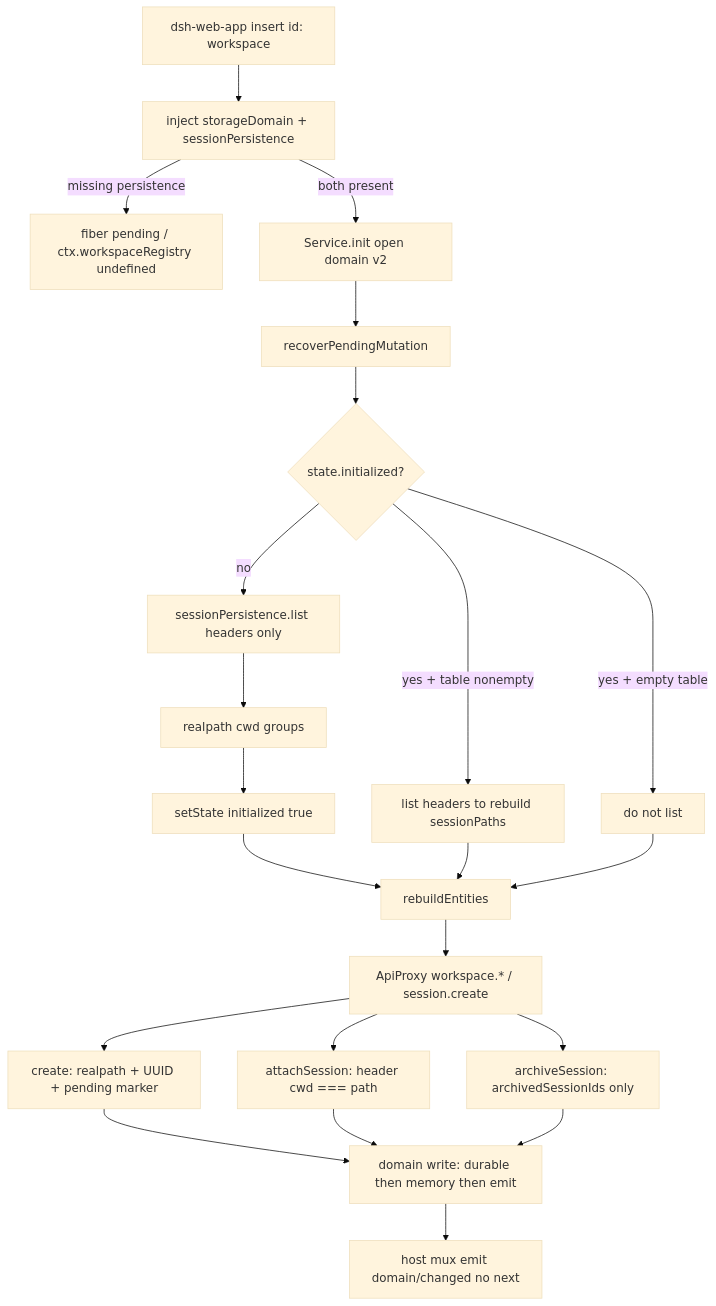
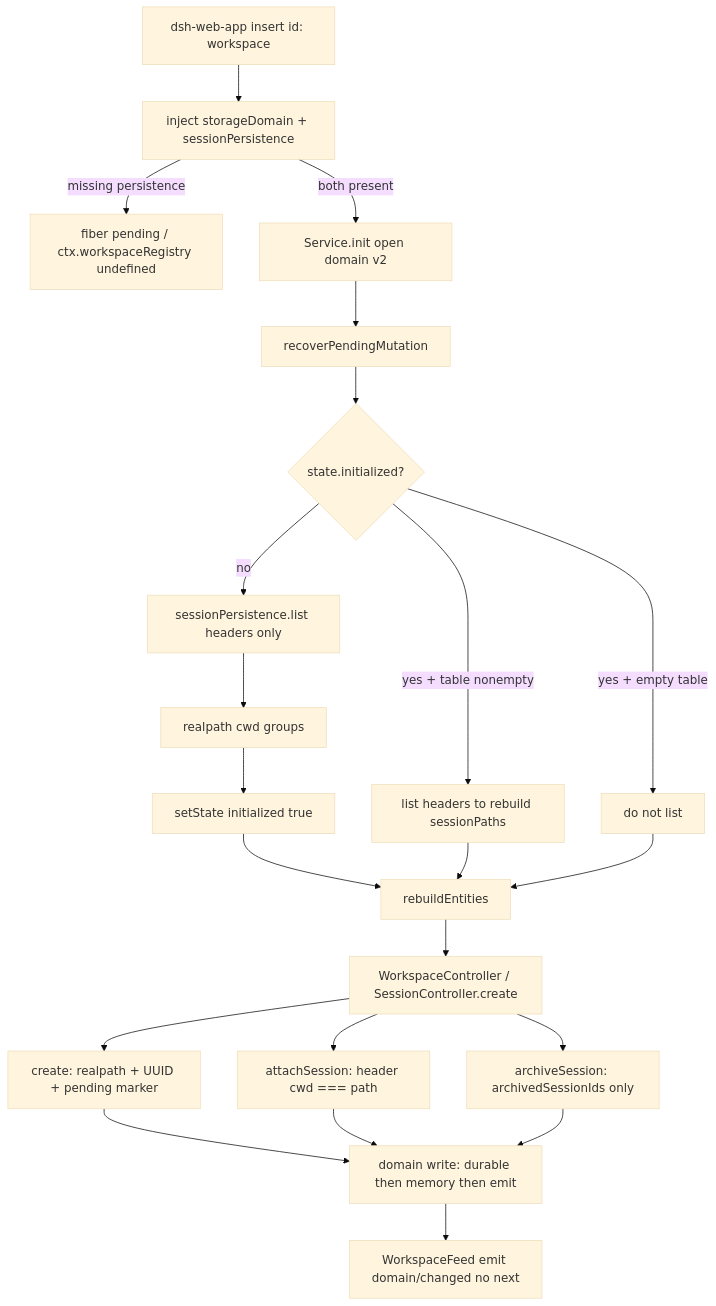
Before and after one commit to wdnmdtonyma/SOTA-Agent-LLM-Wiki: the diagram in docs/llm-wiki/deepseek-harness/subsystems/persistence/workspace.md, drawn with Mermaid (base theme). The commit also changed other lines of this file and 217 other files, not shown here.

````diff
--- a/docs/llm-wiki/deepseek-harness/subsystems/persistence/workspace.md
+++ b/docs/llm-wiki/deepseek-harness/subsystems/persistence/workspace.md
@@ -126,24 +131,24 @@
 ```mermaid
 flowchart TD
   Web["dsh-web-app insert id: workspace"] --> Inject["inject storageDomain + sessionPersistence"]
   Inject -->|missing persistence| Pending["fiber pending / ctx.workspaceRegistry undefined"]
   Inject -->|both present| Init["Service.init open domain v2"]
   Init --> Recover["recoverPendingMutation"]
   Recover --> Boot{"state.initialized?"}
   Boot -->|no| List["sessionPersistence.list headers only"]
   List --> Groups["realpath cwd groups"]
   Groups --> Mark["setState initialized true"]
   Boot -->|yes + table nonempty| Relist["list headers to rebuild sessionPaths"]
   Boot -->|yes + empty table| Skip["do not list"]
   Mark --> Cache["rebuildEntities"]
   Relist --> Cache
   Skip --> Cache
-  Cache --> API["ApiProxy workspace.* / session.create"]
+  Cache --> API["WorkspaceController / SessionController.create"]
   API --> Create["create: realpath + UUID + pending marker"]
   API --> Attach["attachSession: header cwd === path"]
   API --> Archive["archiveSession: archivedSessionIds only"]
   Create --> Write["domain write: durable then memory then emit"]
   Attach --> Write
   Archive --> Write
-  Write --> Mux["host mux emit domain/changed no next"]
+  Write --> Mux["WorkspaceFeed emit domain/changed no next"]
 ```
````
